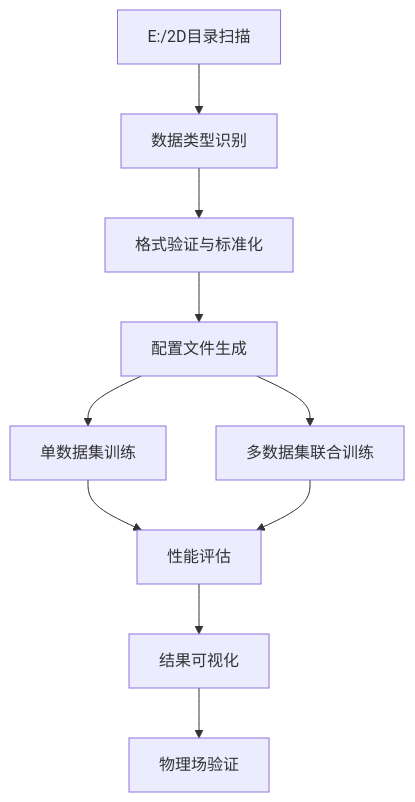
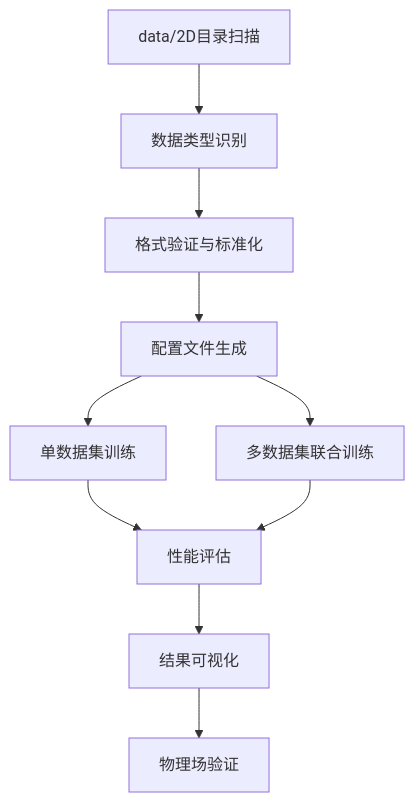
Before and after one commit to Pitohuie-AIversion/Sparse2Full: the diagram in .trae/documents/PDEBench数据集扩展方案.md, drawn with Mermaid. The commit also changed other lines of this file and 424 other files, not shown here.

````diff
--- a/.trae/documents/PDEBench数据集扩展方案.md
+++ b/.trae/documents/PDEBench数据集扩展方案.md
@@ -45,12 +45,12 @@
 ```mermaid
 graph TD
-    A[E:/2D目录扫描] --> B[数据类型识别]
+    A[data/2D目录扫描] --> B[数据类型识别]
     B --> C[格式验证与标准化]
     C --> D[配置文件生成]
     D --> E[单数据集训练]
     D --> F[多数据集联合训练]
     E --> G[性能评估]
     F --> G
     G --> H[结果可视化]
     H --> I[物理场验证]
 ```
````
